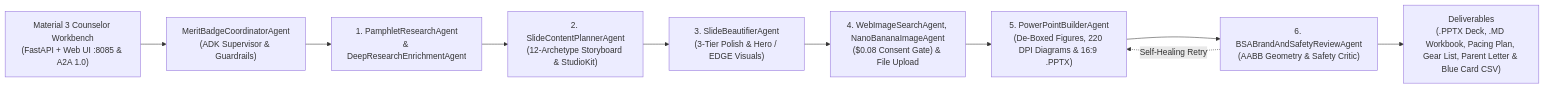
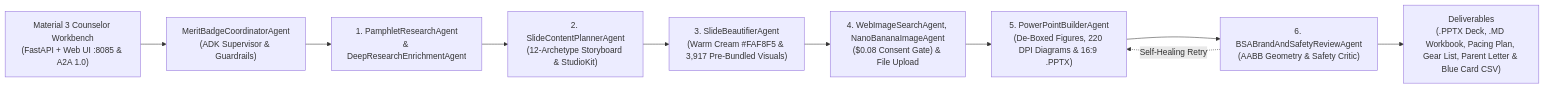
One commit to clayberg/scouts-bsa-merit-badge-agent changed the diagram in README.md. Above: the diagram before and after it, drawn with Mermaid. The commit also changed other lines of this file and 19 other files, not shown here.

````diff
--- a/README.md
+++ b/README.md
@@ -222,12 +227,12 @@
 ```mermaid
 flowchart LR
     UIs["Material 3 Counselor Workbench<br/>(FastAPI + Web UI :8085 & A2A 1.0)"] --> Coord["MeritBadgeCoordinatorAgent<br/>(ADK Supervisor & Guardrails)"]
     Coord --> Res["1. PamphletResearchAgent<br/>& DeepResearchEnrichmentAgent"]
     Res --> Plan["2. SlideContentPlannerAgent<br/>(12-Archetype Storyboard & StudioKit)"]
-    Plan --> Beau["3. SlideBeautifierAgent<br/>(3-Tier Polish & Hero / EDGE Visuals)"]
+    Plan --> Beau["3. SlideBeautifierAgent<br/>(Warm Cream #FAF8F5 & 3,917 Pre-Bundled Visuals)"]
     Beau --> ImgStudio["4. WebImageSearchAgent, NanoBananaImageAgent<br/>($0.08 Consent Gate) & File Upload"]
     ImgStudio --> Build["5. PowerPointBuilderAgent<br/>(De-Boxed Figures, 220 DPI Diagrams & 16:9 .PPTX)"]
     Build --> Rev["6. BSABrandAndSafetyReviewAgent<br/>(AABB Geometry & Safety Critic)"]
     Rev -.->|"Self-Healing Retry"| Build
     Rev --> Out["Deliverables<br/>(.PPTX Deck, .MD Workbook, Pacing Plan, Gear List, Parent Letter & Blue Card CSV)"]
 ```
````
